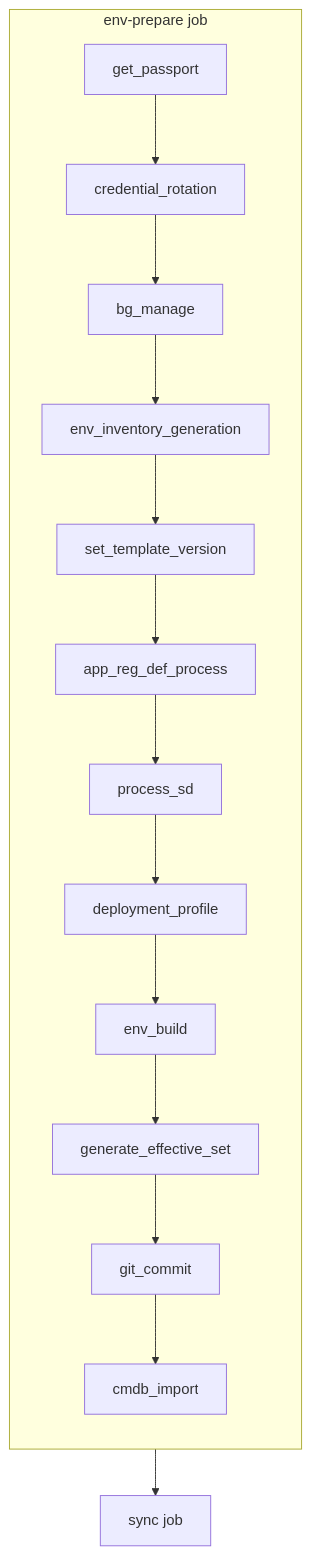
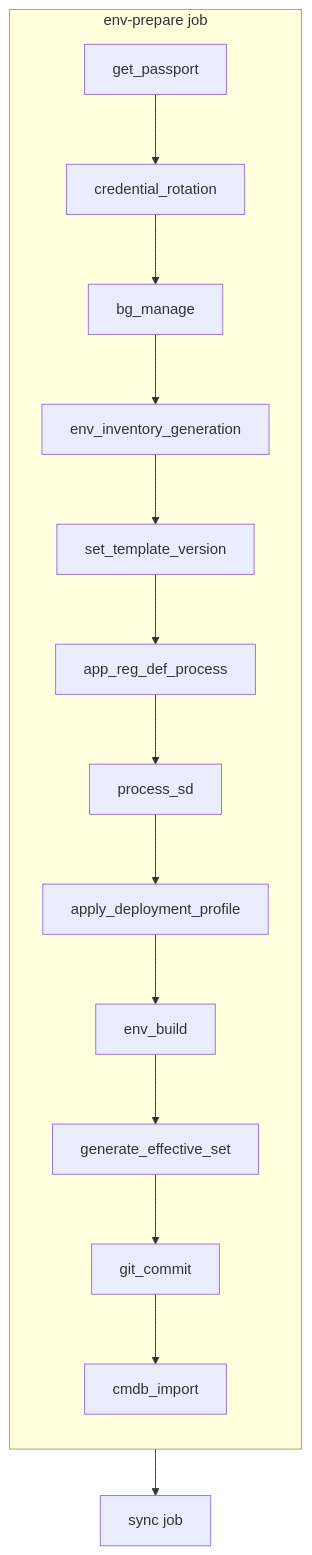
One commit to Netcracker/qubership-envgene changed the diagram in docs/envgene-pipelines.md. Above: the diagram before and after it, drawn with Mermaid. The commit also changed other lines of this file and 5 other files, not shown here.

````diff
--- a/docs/envgene-pipelines.md
+++ b/docs/envgene-pipelines.md
@@ -30,18 +30,18 @@
 ```mermaid
 flowchart TB
     subgraph env_prepare["env-prepare job"]
         direction TB
         A[get_passport] --> B[credential_rotation]
         B --> C[bg_manage]
         C --> D[env_inventory_generation]
         D --> SV[set_template_version]
         SV --> E[app_reg_def_process]
         E --> F[process_sd]
-        F --> DP[deployment_profile]
+        F --> DP[apply_deployment_profile]
         DP --> G[env_build]
         G --> H[generate_effective_set]
         H --> I[git_commit]
         I --> J[cmdb_import]
     end
     env_prepare --> sync["sync job"]
 ```
````
